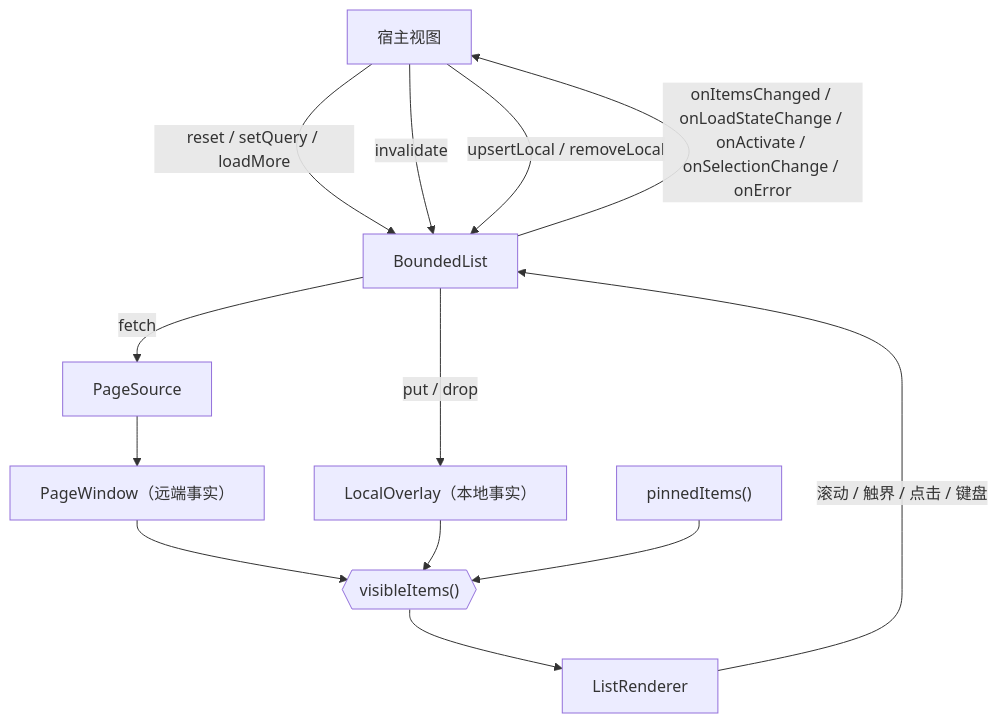
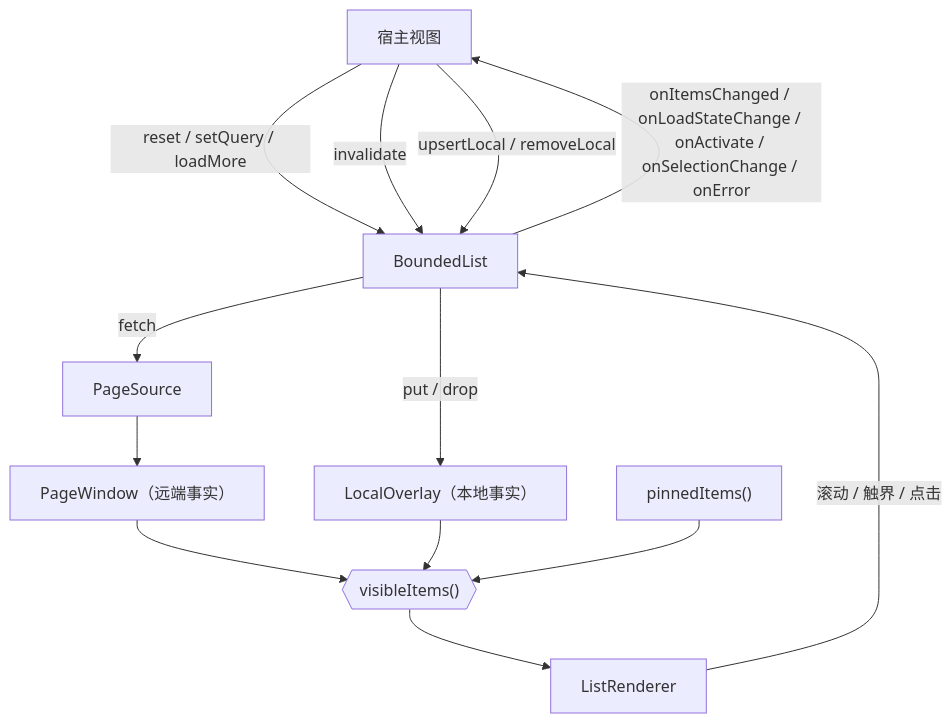
One commit to dacez/yimsg changed the first of 2 diagrams in packages/uikit/docs/boundedlist/组件设计.md. Above: the diagram before and after it, drawn with Mermaid. The commit also changed other lines of this file and 27 other files, not shown here.

````diff
--- a/packages/uikit/docs/boundedlist/组件设计.md
+++ b/packages/uikit/docs/boundedlist/组件设计.md
@@ -52,15 +52,15 @@
 ```mermaid
 flowchart TD
     Host["宿主视图"] -->|reset / setQuery / loadMore| BL["BoundedList"]
     Host -->|invalidate| BL
     Host -->|upsertLocal / removeLocal| BL
     BL -->|fetch| Source["PageSource"]
     Source --> Window["PageWindow（远端事实）"]
     BL -->|put / drop| Overlay["LocalOverlay（本地事实）"]
     Window --> Visible{{"visibleItems()"}}
     Overlay --> Visible
     Pinned["pinnedItems()"] --> Visible
     Visible --> Renderer["ListRenderer"]
-    Renderer -->|滚动 / 触界 / 点击 / 键盘| BL
+    Renderer -->|滚动 / 触界 / 点击| BL
     BL -->|onItemsChanged / onLoadStateChange / onActivate / onSelectionChange / onError| Host
 ```
````
